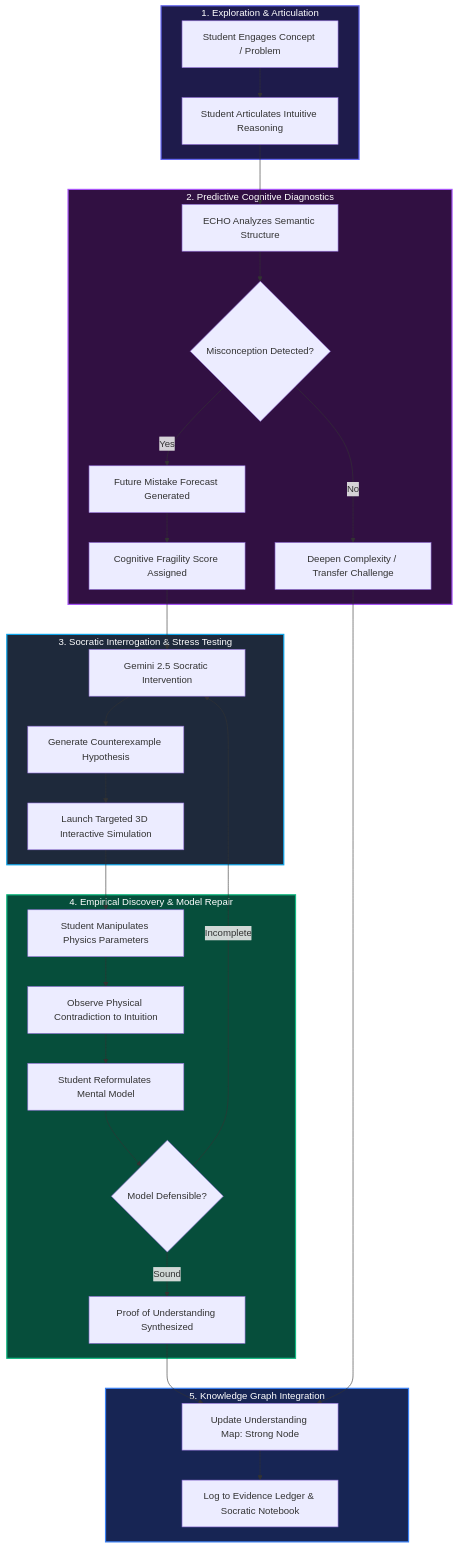
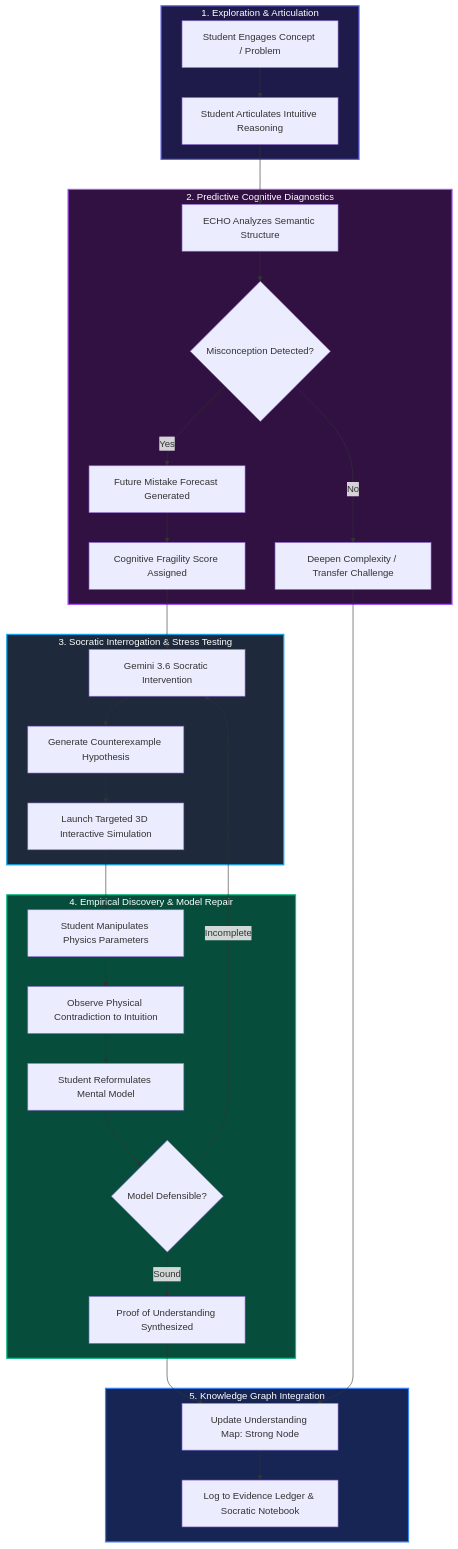
The first of 2 diagrams in README.md (Anurag-tech22/Echo-AI-Tutor), drawn with Mermaid before and after one commit. The commit also changed other lines of this file and 5 other files, not shown here.

````diff
--- a/README.md
+++ b/README.md
@@ -44,41 +44,41 @@
 ```mermaid
 flowchart TD
     subgraph Phase1["1. Exploration & Articulation"]
         A[Student Engages Concept / Problem] --> B[Student Articulates Intuitive Reasoning]
     end
 
     subgraph Phase2["2. Predictive Cognitive Diagnostics"]
         B --> C[ECHO Analyzes Semantic Structure]
         C --> D{Misconception Detected?}
         D -- No --> E[Deepen Complexity / Transfer Challenge]
         D -- Yes --> F[Future Mistake Forecast Generated]
         F --> G[Cognitive Fragility Score Assigned]
     end
 
     subgraph Phase3["3. Socratic Interrogation & Stress Testing"]
-        G --> H[Gemini 2.5 Socratic Intervention]
+        G --> H[Gemini 3.6 Socratic Intervention]
         H --> I[Generate Counterexample Hypothesis]
         I --> J[Launch Targeted 3D Interactive Simulation]
     end
 
     subgraph Phase4["4. Empirical Discovery & Model Repair"]
         J --> K[Student Manipulates Physics Parameters]
         K --> L[Observe Physical Contradiction to Intuition]
         L --> M[Student Reformulates Mental Model]
         M --> N{Model Defensible?}
         N -- Incomplete --> H
         N -- Sound --> O[Proof of Understanding Synthesized]
     end
 
     subgraph Phase5["5. Knowledge Graph Integration"]
         O --> P[Update Understanding Map: Strong Node]
         P --> Q[Log to Evidence Ledger & Socratic Notebook]
         E --> P
     end
 
     style Phase1 fill:#1e1b4b,stroke:#6366f1,stroke-width:2px,color:#fff
     style Phase2 fill:#311042,stroke:#a855f7,stroke-width:2px,color:#fff
     style Phase3 fill:#1e293b,stroke:#0ea5e9,stroke-width:2px,color:#fff
     style Phase4 fill:#064e3b,stroke:#10b981,stroke-width:2px,color:#fff
     style Phase5 fill:#172554,stroke:#3b82f6,stroke-width:2px,color:#fff
 ```
````
